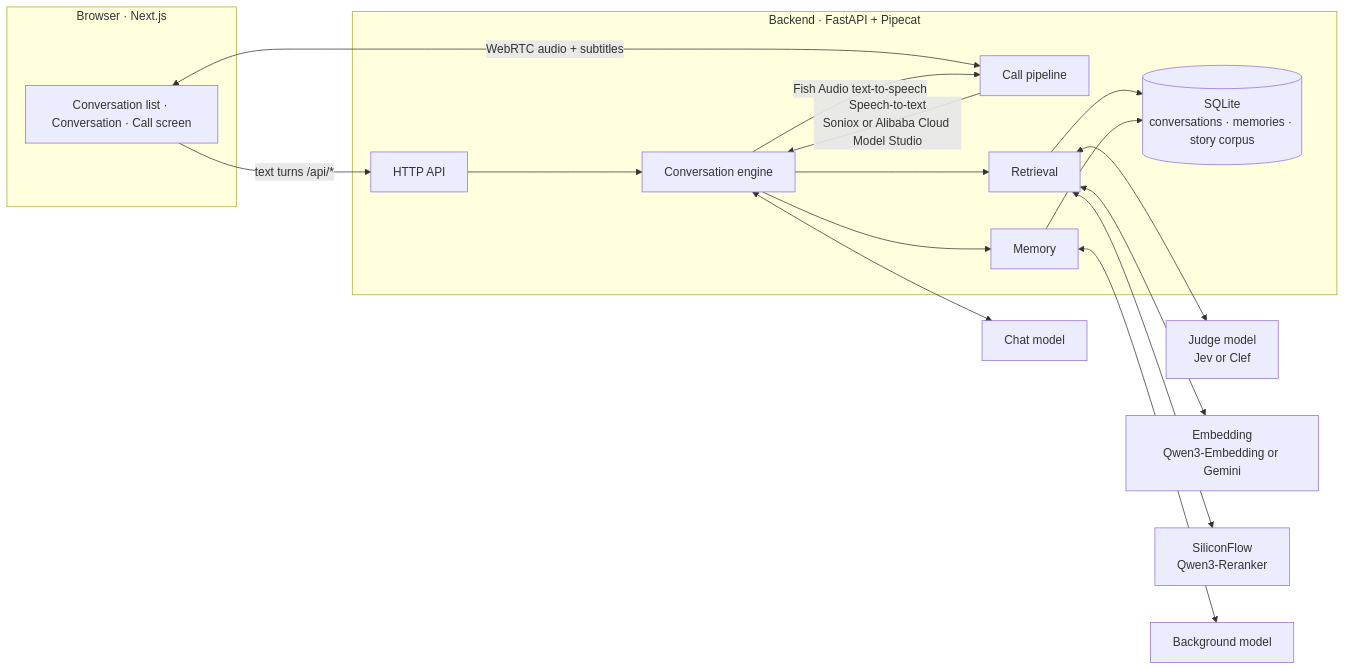
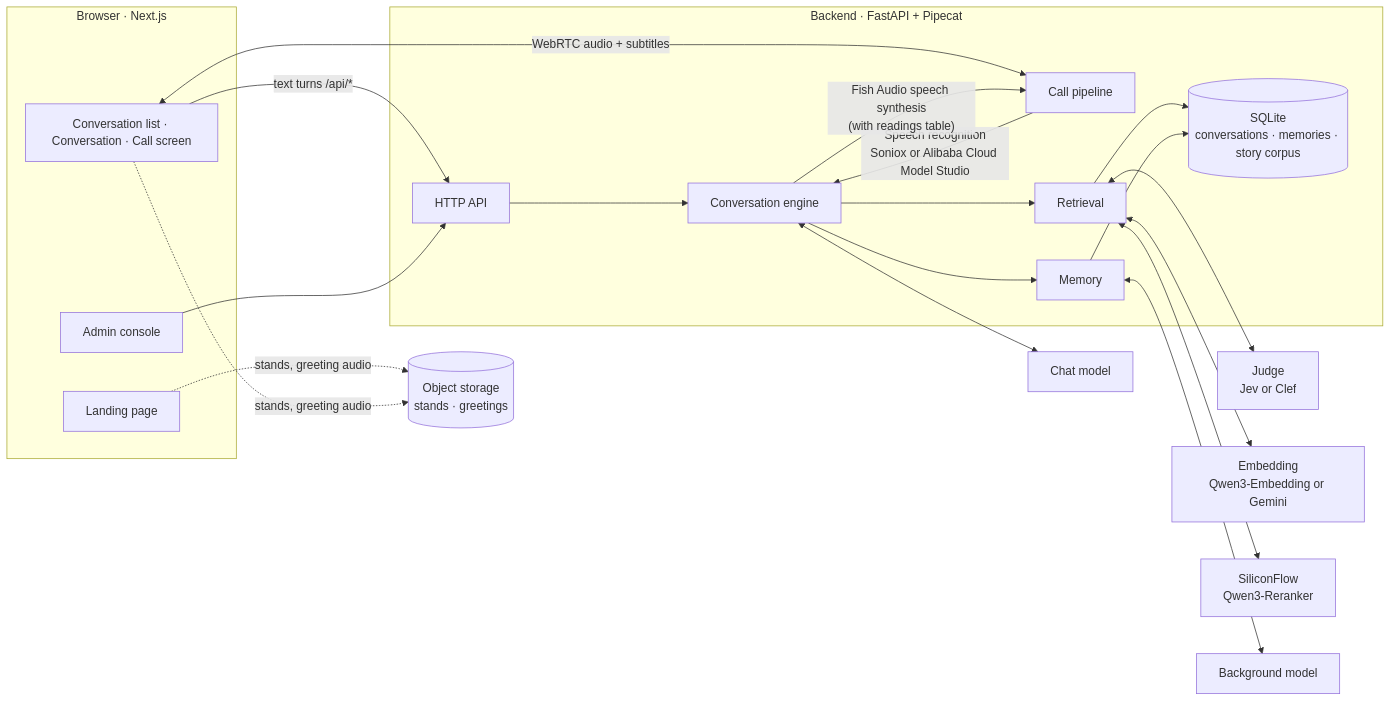
The diagram in README.en.md (3aKHP/idolum), drawn with Mermaid before and after one commit. The commit also changed other lines of this file and 9 other files, not shown here.

````diff
--- a/README.en.md
+++ b/README.en.md
@@ -82,30 +127,36 @@
 ```mermaid
 flowchart LR
     subgraph Browser["Browser · Next.js"]
+        Landing["Landing page"]
         UI["Conversation list · Conversation · Call screen"]
+        Admin["Admin console"]
     end
 
     subgraph Backend["Backend · FastAPI + Pipecat"]
         API["HTTP API"]
         Call["Call pipeline"]
         Engine["Conversation engine"]
         Retrieval["Retrieval"]
         Memory["Memory"]
         DB[("SQLite<br/>conversations · memories · story corpus")]
     end
 
+    Bucket[("Object storage<br/>stands · greetings")]
+
     UI -- "text turns /api/*" --> API
+    Admin --> API
     UI <-- "WebRTC audio + subtitles" --> Call
+    Landing & UI -. "stands, greeting audio" .-> Bucket
     API --> Engine
-    Call -- "Speech-to-text<br/>Soniox or Alibaba Cloud Model Studio" --> Engine
-    Engine -- "Fish Audio text-to-speech" --> Call
+    Call -- "Speech recognition<br/>Soniox or Alibaba Cloud Model Studio" --> Engine
+    Engine -- "Fish Audio speech synthesis<br/>(with readings table)" --> Call
     Engine --> Retrieval
     Engine --> Memory
     Retrieval --> DB
     Memory --> DB
     Engine <--> ChatLLM["Chat model"]
-    Retrieval <--> Jev["Judge model<br/>Jev or Clef"]
+    Retrieval <--> Judge["Judge<br/>Jev or Clef"]
     Retrieval <--> Emb["Embedding<br/>Qwen3-Embedding or Gemini"]
     Retrieval <--> SF["SiliconFlow<br/>Qwen3-Reranker"]
     Memory <--> BgLLM["Background model"]
 ```
````
